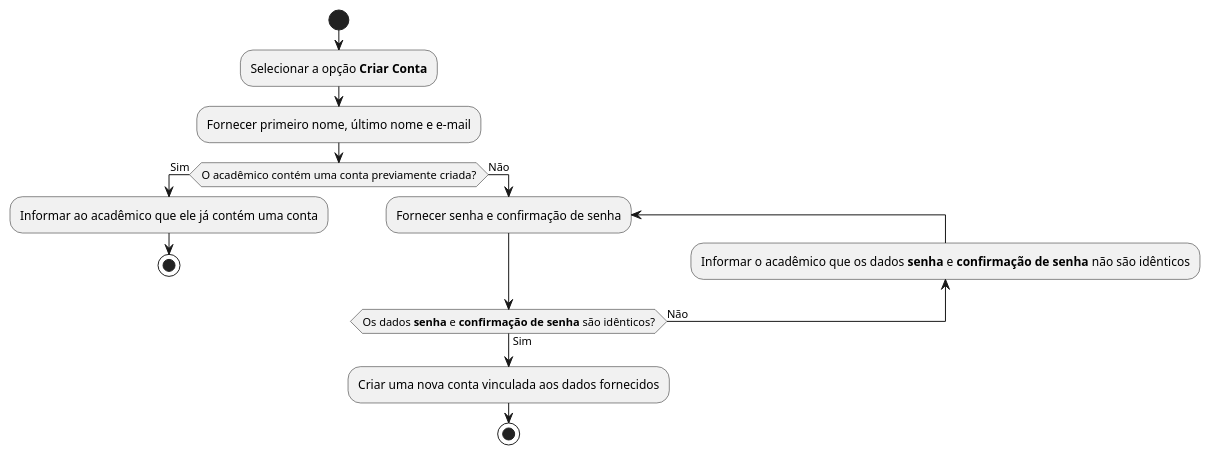
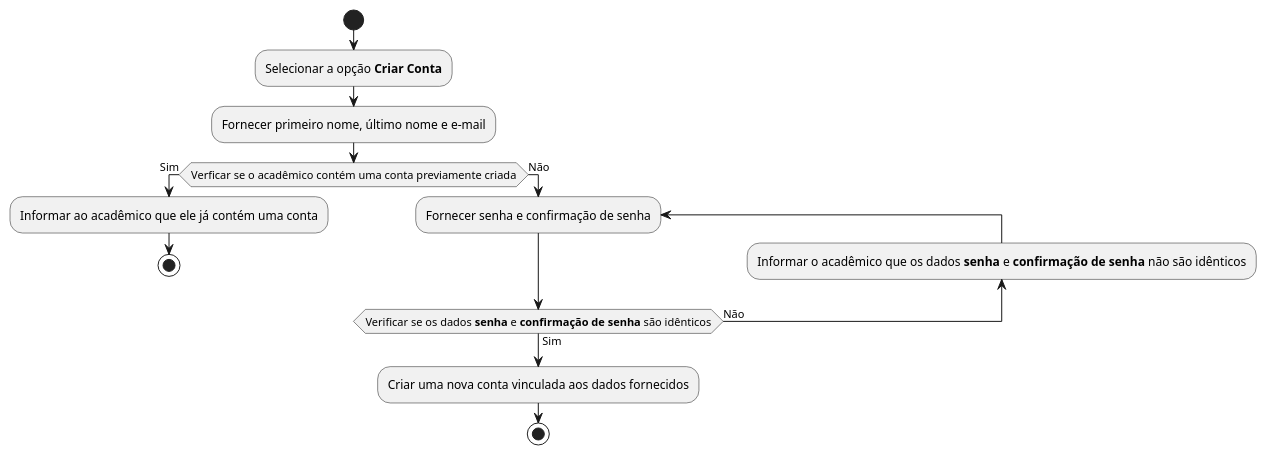
Before and after one commit to arielazzi/desenvolvimento-de-software-I: the diagram in activity-diagrams/criar-conta.iuml, drawn with PlantUML. The commit also changed 4 other files, not shown here.

Commit message:
activity-diagrams

```diff
--- a/activity-diagrams/criar-conta.iuml
+++ b/activity-diagrams/criar-conta.iuml
@@ -1,16 +1,16 @@
 @startuml criar-conta
 
 start
 :Selecionar a opção **Criar Conta**;
 :Fornecer primeiro nome, último nome e e-mail;
-if (O acadêmico contém uma conta previamente criada?) then (Sim)
+if (Verficar se o acadêmico contém uma conta previamente criada) then (Sim)
     :Informar ao acadêmico que ele já contém uma conta;
     stop
 else (Não)
     repeat :Fornecer senha e confirmação de senha;
     backward :Informar o acadêmico que os dados **senha** e **confirmação de senha** não são idênticos;
-    repeat while (Os dados **senha** e **confirmação de senha** são idênticos?) is (Não) not (Sim)
+    repeat while (Verificar se os dados **senha** e **confirmação de senha** são idênticos) is (Não) not (Sim)
     :Criar uma nova conta vinculada aos dados fornecidos;
     stop
 
     @enduml
```
